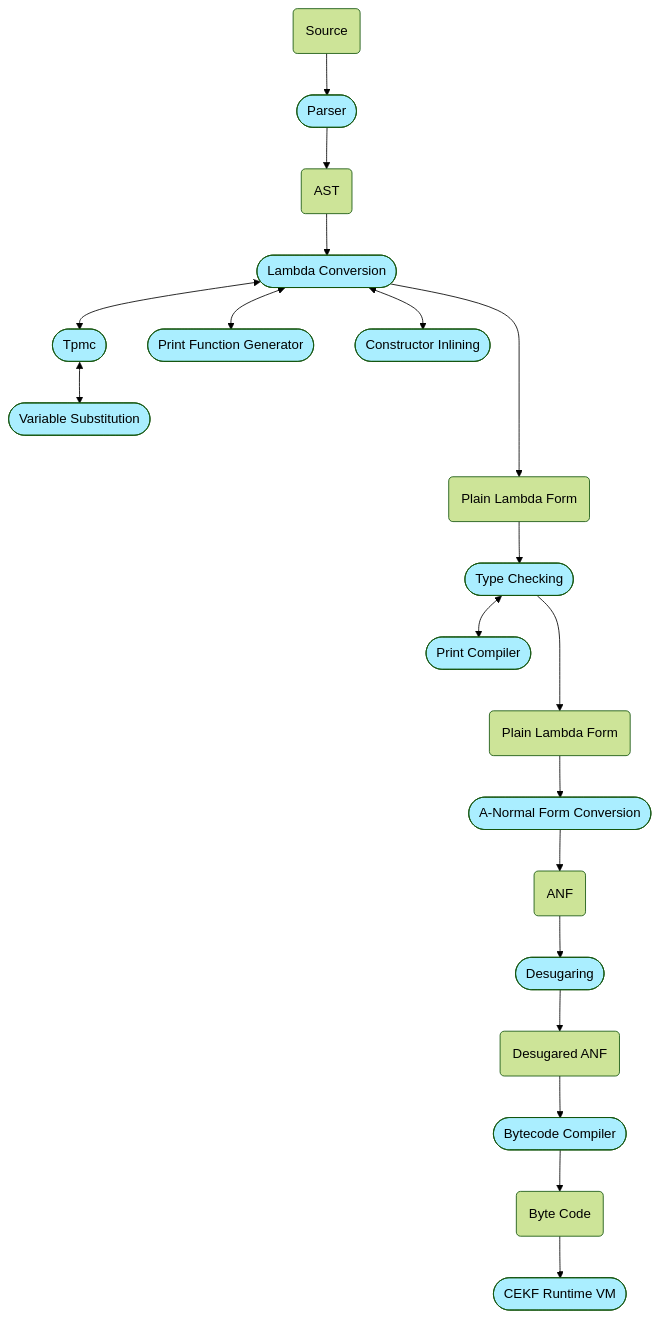
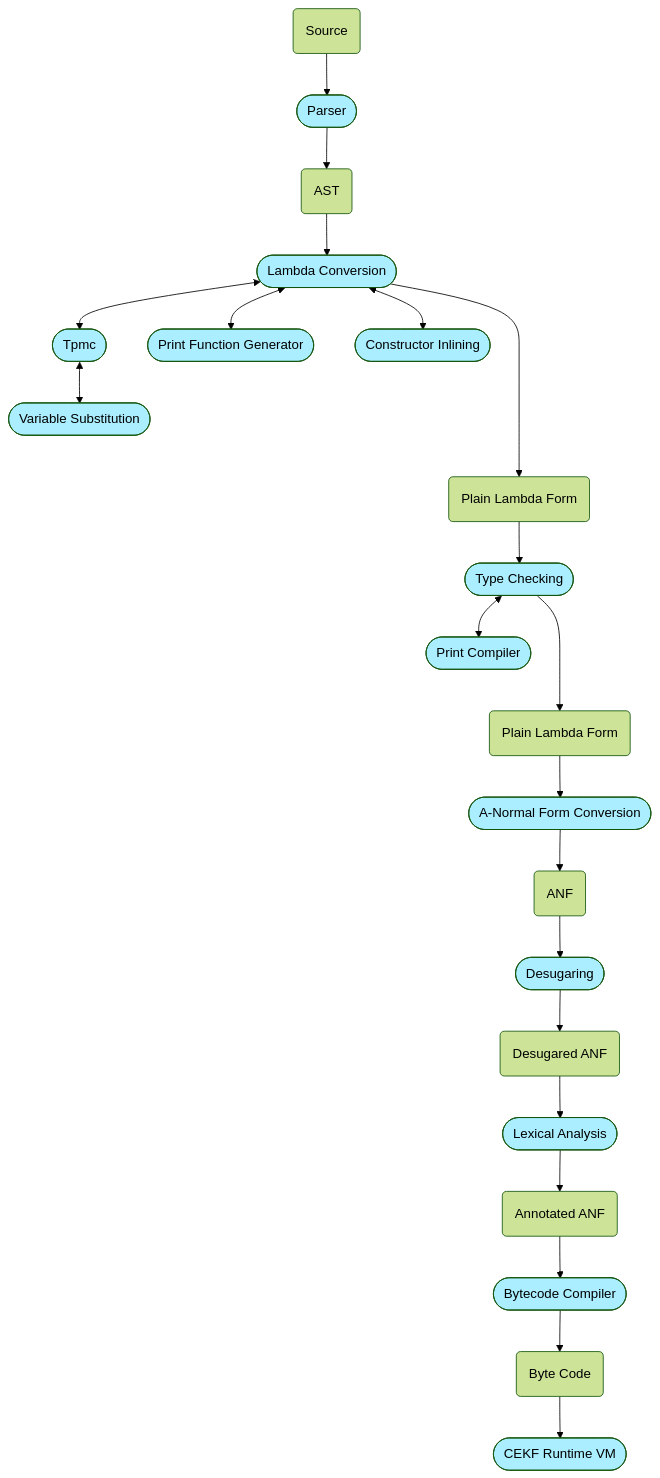
One commit to billhails/CEKF changed the diagram in README.md. Above: the diagram before and after it, drawn with Mermaid (forest theme). The commit also changed 2 other files, not shown here.

Commit message:
much clearer plan now

````diff
--- a/README.md
+++ b/README.md
@@ -68,22 +68,24 @@
 ```mermaid
 flowchart TD
 classDef process fill:#aef;
 source(Source) -->
 parser([Parser]):::process -->
 ast(AST) -->
 lc([Lambda Conversion]):::process <--> tpmc([Tpmc]):::process
 lc <--> pg([Print Function Generator]):::process
 lc <--> ci([Constructor Inlining]):::process
 tpmc <--> vs([Variable Substitution]):::process
 lc ----> lambda1(Plain Lambda Form)
 lambda1 --> tc([Type Checking]):::process
 tc <--> pc([Print Compiler]):::process
 tc ---> lambda2(Plain Lambda Form)
 lambda2 --> anfc([A-Normal Form Conversion]):::process
 anfc --> anf(ANF)
 anf --> desug([Desugaring]):::process
 desug --> danf(Desugared ANF)
-danf --> bcc([Bytecode Compiler]):::process
+danf --> lexa([Lexical Analysis]):::process
+lexa --> ann(Annotated ANF)
+ann --> bcc([Bytecode Compiler]):::process
 bcc --> bc(Byte Code)
 bc --> cekf([CEKF Runtime VM]):::process
 ```
````
